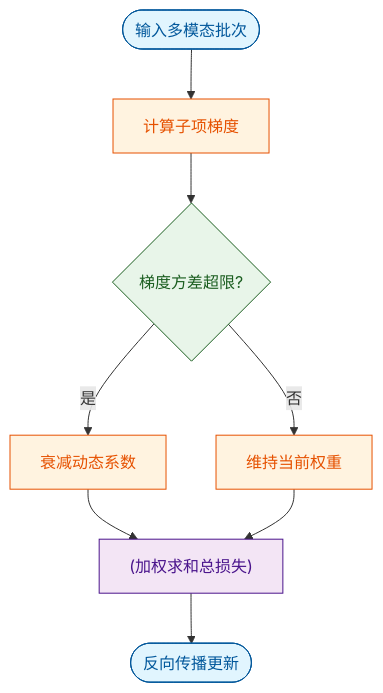
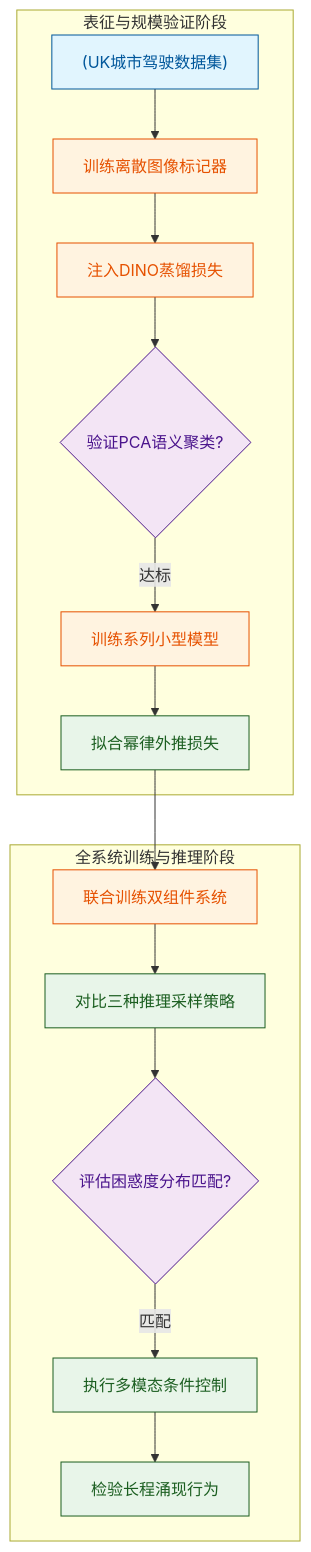
Before and after one commit to ShinewineW/paper-rolling: the sixth of 11 diagrams in person_vault/2026-06-08_GAIA1_2309.17080/report.md, drawn with Mermaid. The commit also changed other lines of this file and 51 other files, not shown here.

````diff
--- a/person_vault/2026-06-08_GAIA1_2309.17080/report.md
+++ b/person_vault/2026-06-08_GAIA1_2309.17080/report.md
@@ -162,15 +286,23 @@
 ```mermaid
-flowchart TD
-    classDef start fill:#e1f5fe,stroke:#01579b,color:#01579b;
-    classDef process fill:#fff3e0,stroke:#e65100,color:#e65100;
-    classDef decision fill:#e8f5e9,stroke:#1b5e20,color:#1b5e20;
-    classDef data fill:#f3e5f5,stroke:#4a148c,color:#4a148c;
+flowchart TB
+  classDef data fill:#e1f5fe,color:#01579b,stroke:#01579b
+  classDef train fill:#fff3e0,color:#e65100,stroke:#e65100
+  classDef eval fill:#e8f5e9,color:#1b5e20,stroke:#1b5e20
+  classDef decision fill:#f3e5f5,color:#4a148c,stroke:#4a148c
 
-    input_batch(["输入多模态批次"]):::start --> compute_grad["计算子项梯度"]:::process
-    compute_grad --> check_var{梯度方差超限?}:::decision
-    check_var -- 是 --> decay_weight["衰减动态系数"]:::process
-    check_var -- 否 --> keep_weight["维持当前权重"]:::process
-    decay_weight --> sum_loss["(加权求和总损失)"]:::data
-    keep_weight --> sum_loss
-    sum_loss --> backprop(["反向传播更新"]):::start
+  subgraph 表征与规模验证阶段
+    raw_data["(UK城市驾驶数据集)"]:::data --> tokenizer["训练离散图像标记器"]:::train
+    tokenizer --> dino_distill["注入DINO蒸馏损失"]:::train
+    dino_distill --> pca_check{验证PCA语义聚类?}:::decision
+    pca_check -- 达标 --> scale_study["训练系列小型模型"]:::train
+    scale_study --> fit_power["拟合幂律外推损失"]:::eval
+  end
+
+  subgraph 全系统训练与推理阶段
+    fit_power --> full_train["联合训练双组件系统"]:::train
+    full_train --> sample_test["对比三种推理采样策略"]:::eval
+    sample_test --> select_topk{评估困惑度分布匹配?}:::decision
+    select_topk -- 匹配 --> control_eval["执行多模态条件控制"]:::eval
+    control_eval --> emergent_check["检验长程涌现行为"]:::eval
+  end
 ```
````
